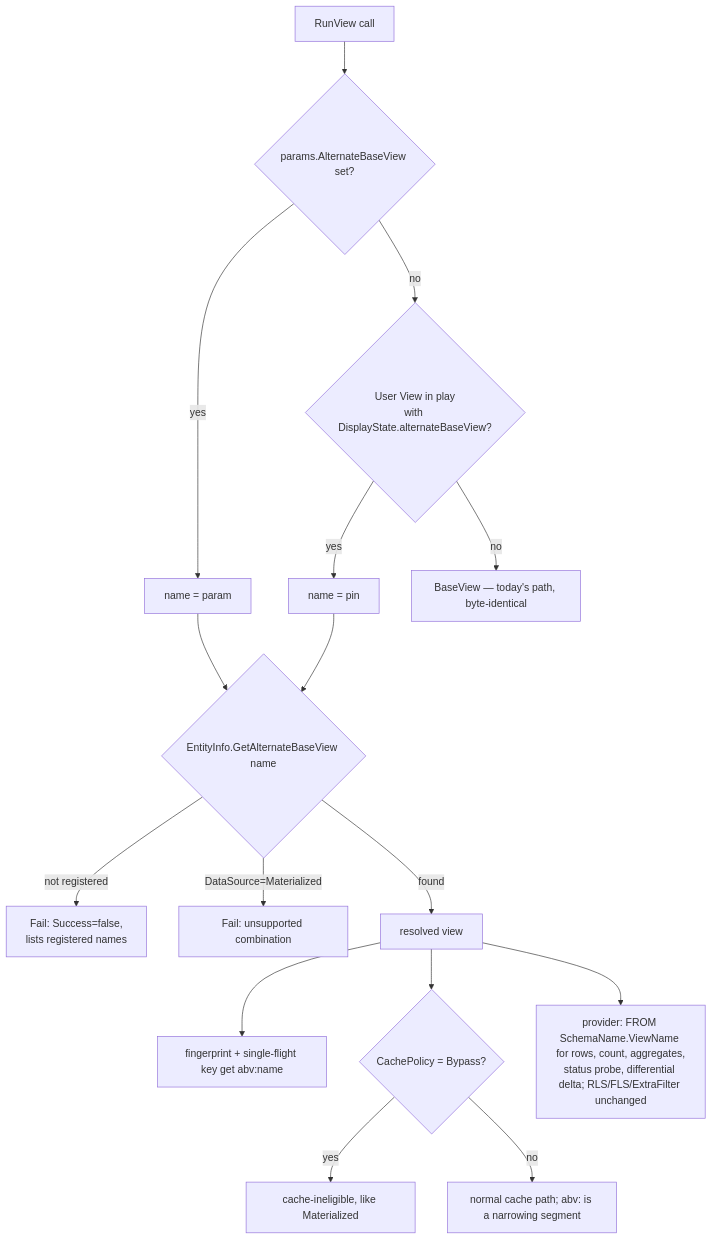
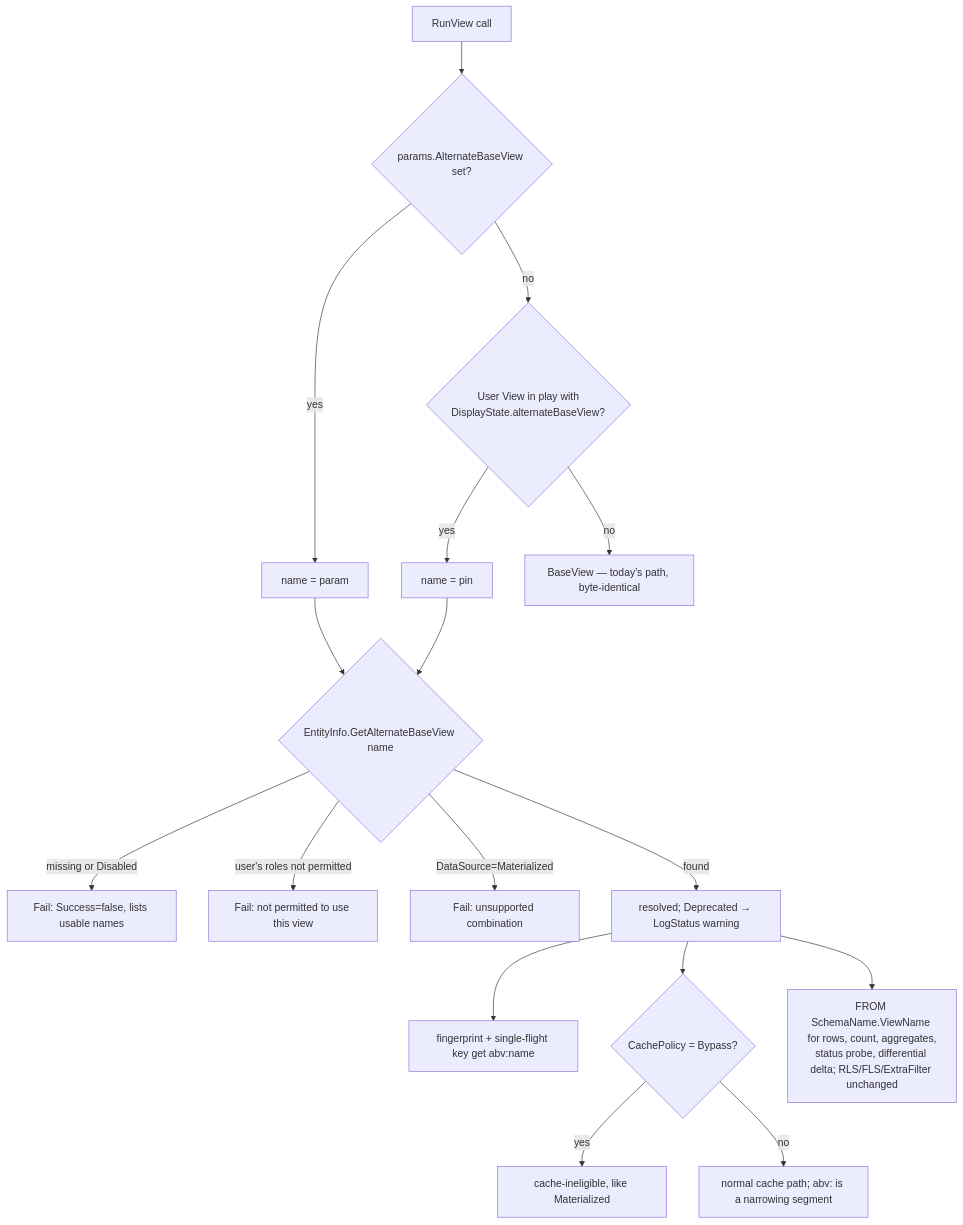
Before and after one commit to MemberJunction/MJ: the third of 3 diagrams in plans/alternate-base-views.md, drawn with Mermaid. The commit also changed other lines of this file and 1 other file, not shown here.

First line of the commit message:
docs(plans): canon layering — alternate base views as a table, semantic graph structure

````diff
--- a/plans/alternate-base-views.md
+++ b/plans/alternate-base-views.md
@@ -194,18 +267,19 @@
 ```mermaid
 flowchart TD
     A[RunView call] --> B{params.AlternateBaseView set?}
     B -->|yes| D[name = param]
-    B -->|no| C{User View in play<br/>with DisplayState.alternateBaseView?}
+    B -->|no| C{User View in play with<br/>DisplayState.alternateBaseView?}
     C -->|yes| E[name = pin]
     C -->|no| F[BaseView — today's path, byte-identical]
     D --> G{EntityInfo.GetAlternateBaseView name}
     E --> G
-    G -->|not registered| X[Fail: Success=false,<br/>lists registered names]
+    G -->|missing or Disabled| X[Fail: Success=false, lists usable names]
+    G -->|user's roles not permitted| R[Fail: not permitted to use this view]
     G -->|DataSource=Materialized| Y[Fail: unsupported combination]
-    G -->|found| H[resolved view]
+    G -->|found| H[resolved; Deprecated → LogStatus warning]
     H --> I[fingerprint + single-flight key get abv:name]
     H --> J{CachePolicy = Bypass?}
     J -->|yes| K[cache-ineligible, like Materialized]
     J -->|no| L[normal cache path; abv: is a narrowing segment]
-    H --> M[provider: FROM SchemaName.ViewName for rows, count, aggregates,<br/>status probe, differential delta; RLS/FLS/ExtraFilter unchanged]
+    H --> M[FROM SchemaName.ViewName for rows, count, aggregates,<br/>status probe, differential delta; RLS/FLS/ExtraFilter unchanged]
 ```
````
